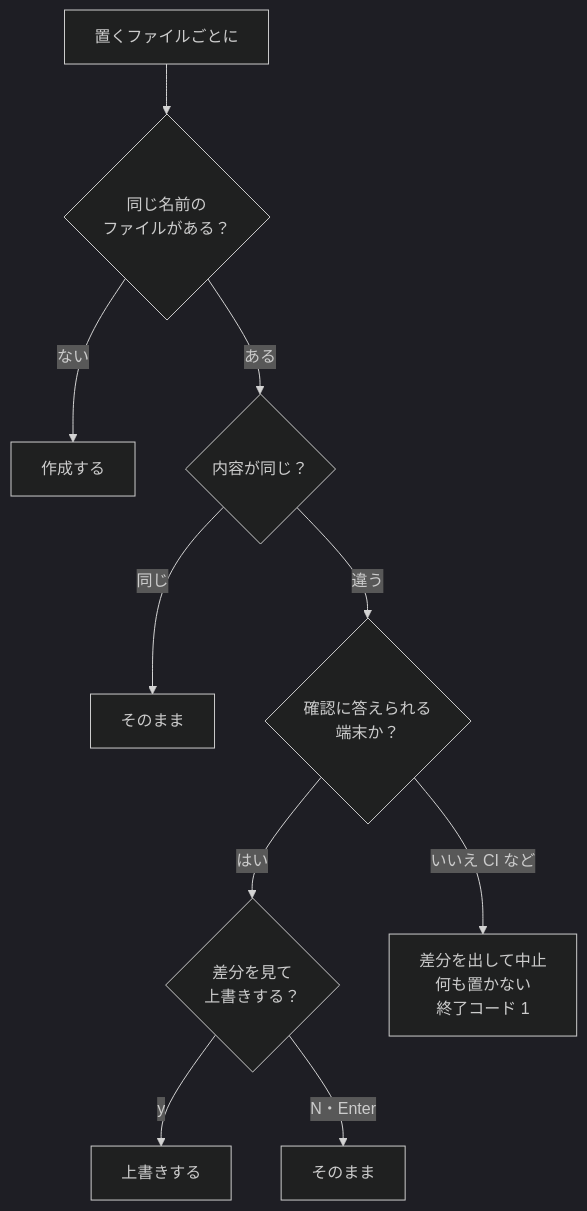
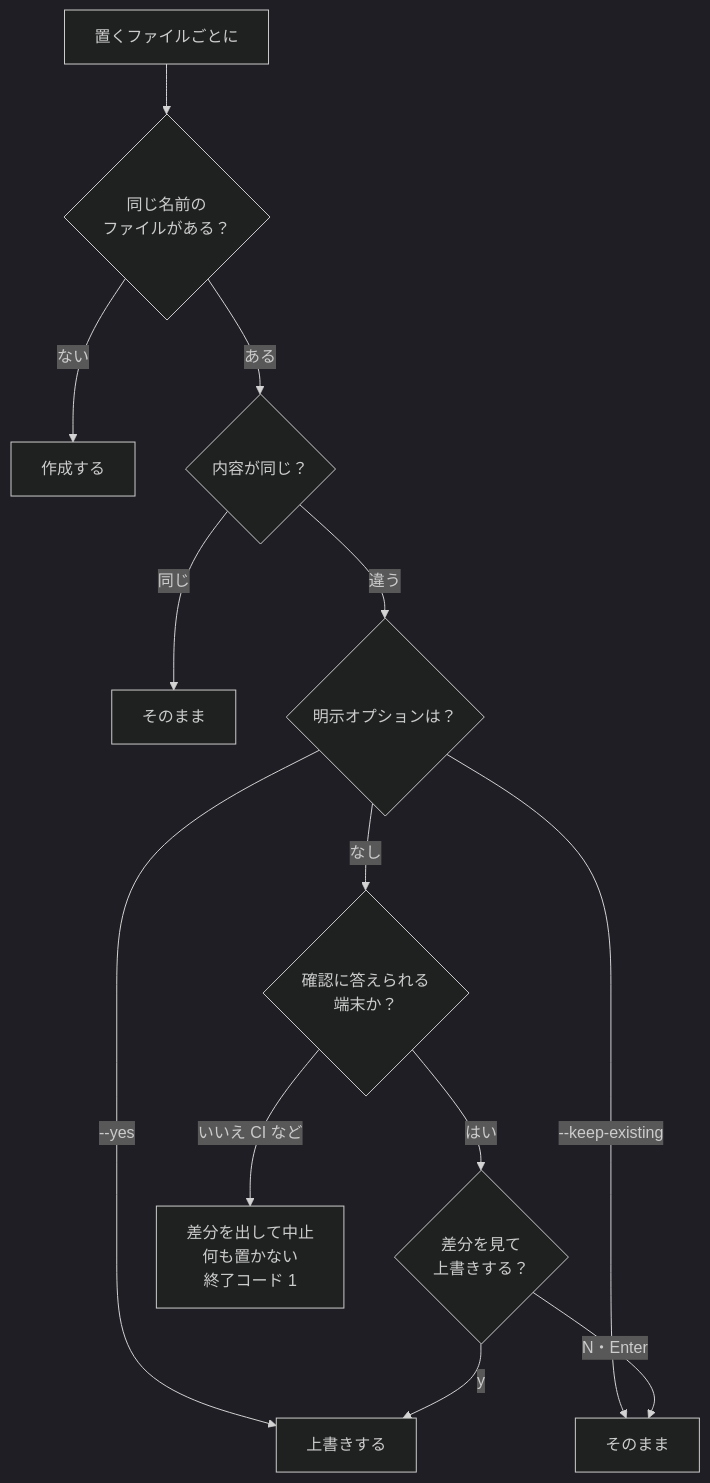
The third of 5 diagrams in docs/guide/1.getting-started/2.usage.md (loomake/loomake), drawn with Mermaid (dark theme) before and after one commit. The commit also changed other lines of this file and 20 other files, not shown here.

````diff
--- a/docs/guide/1.getting-started/2.usage.md
+++ b/docs/guide/1.getting-started/2.usage.md
@@ -117,12 +119,15 @@
 ```mermaid
 flowchart TD
   F[置くファイルごとに] --> E{同じ名前の<br>ファイルがある？}
   E -- ない --> W[作成する]
   E -- ある --> C{内容が同じ？}
   C -- 同じ --> K[そのまま]
-  C -- 違う --> T{確認に答えられる<br>端末か？}
+  C -- 違う --> M{明示オプションは？}
+  M -->|"--yes"| O[上書きする]
+  M -->|"--keep-existing"| K2[そのまま]
+  M -- なし --> T{確認に答えられる<br>端末か？}
   T -- はい --> Y{差分を見て<br>上書きする？}
-  Y -- y --> O[上書きする]
-  Y -- N・Enter --> K2[そのまま]
+  Y -- y --> O
+  Y -- N・Enter --> K2
   T -- いいえ CI など --> X[差分を出して中止<br>何も置かない<br>終了コード 1]
 ```
````
